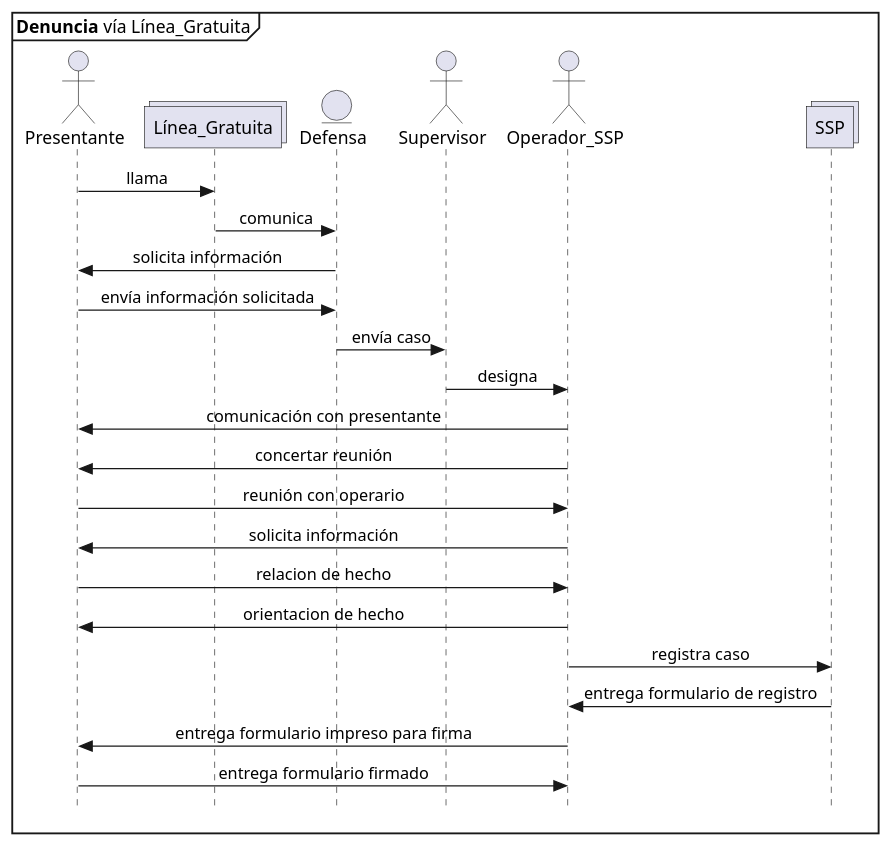
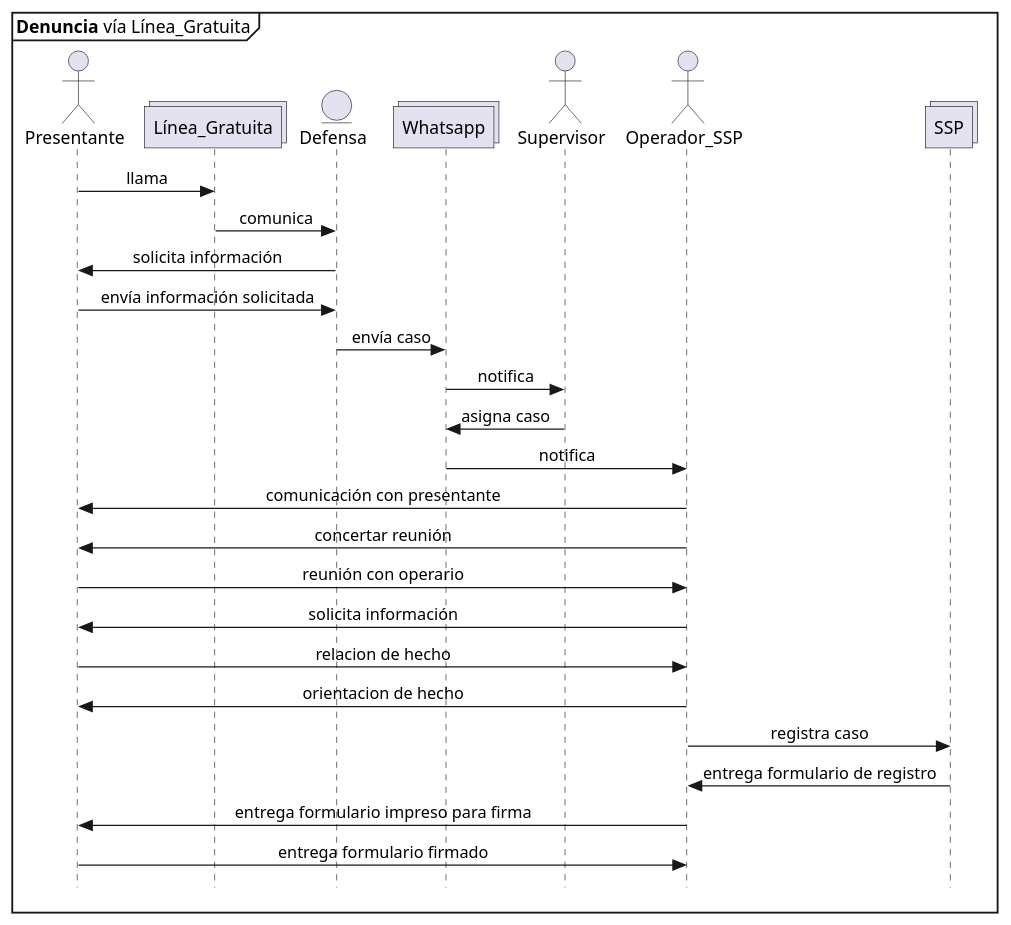
One commit to n1m0d0/defdiag changed the diagram in 03 denuncia telefonica.plantuml. Above: the diagram before and after it, drawn with PlantUML. The commit also changed 21 other files, not shown here.

Commit message:
diagramas validados estado de situacion y diagramas de propuesta

```diff
--- a/03 denuncia telefonica.plantuml
+++ b/03 denuncia telefonica.plantuml
@@ -1,33 +1,35 @@
 @startuml Denuncia_Linea_Gratuita
 skinparam Style strictuml
 skinparam SequenceMessageAlignment center
 
 mainframe **Denuncia** vía Línea_Gratuita
 
 actor Presentante as pre
 collections Línea_Gratuita
 entity Defensa as def
+collections Whatsapp as wap
 actor Supervisor as sup
 actor Operador_SSP as opssp
-collections SSP 
-
+collections SSP
 
 pre -> Línea_Gratuita : llama
 Línea_Gratuita -> def : comunica
 def -> pre : solicita información
 pre -> def : envía información solicitada
-def->sup:envía caso
-sup->opssp : designa
+def->wap : envía caso
+wap->sup : notifica
+sup->wap : asigna caso
+wap->opssp : notifica
 opssp->pre:comunicación con presentante
 opssp->pre:concertar reunión
 pre->opssp:reunión con operario
 opssp -> pre : solicita información
 pre->opssp:relacion de hecho
 opssp->pre:orientacion de hecho
 opssp->SSP:registra caso
 SSP->opssp: entrega formulario de registro
 opssp->pre:entrega formulario impreso para firma
 pre->opssp:entrega formulario firmado
 
 
 @enduml
```
